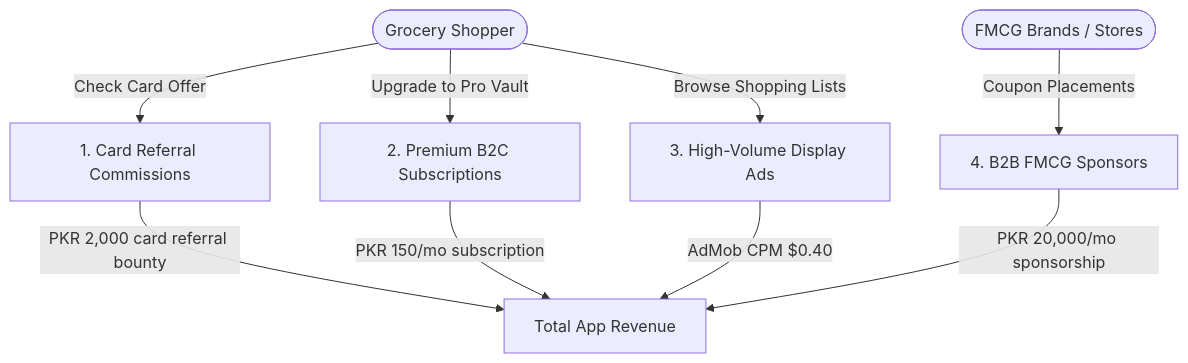
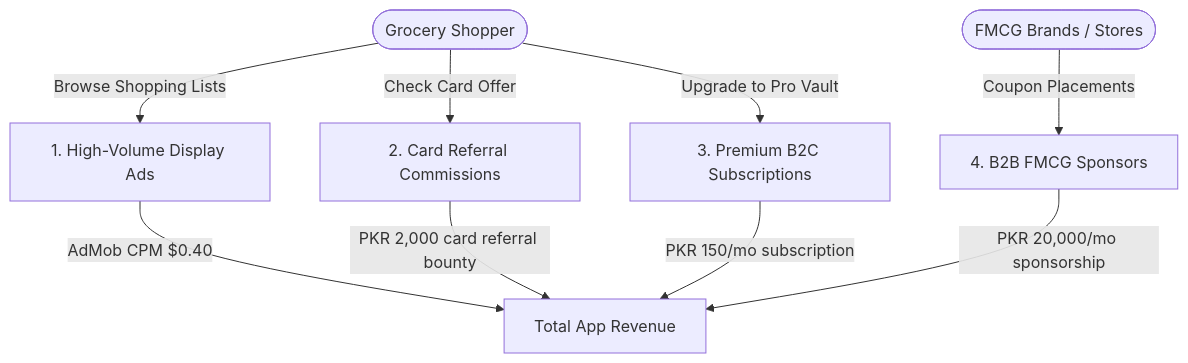
The diagram in SastaSauda/revenue_model.md (hasanjamshaid/androidapps_docs), drawn with Mermaid before and after one commit. The commit also changed other lines of this file and 18 other files, not shown here.

````diff
--- a/SastaSauda/revenue_model.md
+++ b/SastaSauda/revenue_model.md
@@ -21,12 +21,12 @@
 ```mermaid
 graph TD
-    User([Grocery Shopper]) -->|Check Card Offer| Lead[1. Card Referral Commissions]
-    User -->|Upgrade to Pro Vault| Pro[2. Premium B2C Subscriptions]
-    User -->|Browse Shopping Lists| Ads[3. High-Volume Display Ads]
+    User([Grocery Shopper]) -->|Browse Shopping Lists| Ads[1. High-Volume Display Ads]
+    User -->|Check Card Offer| Lead[2. Card Referral Commissions]
+    User -->|Upgrade to Pro Vault| Pro[3. Premium B2C Subscriptions]
     Brands([FMCG Brands / Stores]) -->|Coupon Placements| Placements[4. B2B FMCG Sponsors]
 
-    Lead -->|PKR 2,000 card referral bounty| Rev[Total App Revenue]
+    Ads -->|AdMob CPM $0.40| Rev[Total App Revenue]
+    Lead -->|PKR 2,000 card referral bounty| Rev
     Pro -->|PKR 150/mo subscription| Rev
-    Ads -->|AdMob CPM $0.40| Rev
     Placements -->|PKR 20,000/mo sponsorship| Rev
 ```
````
